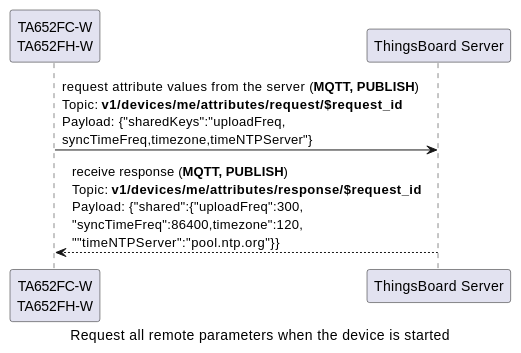
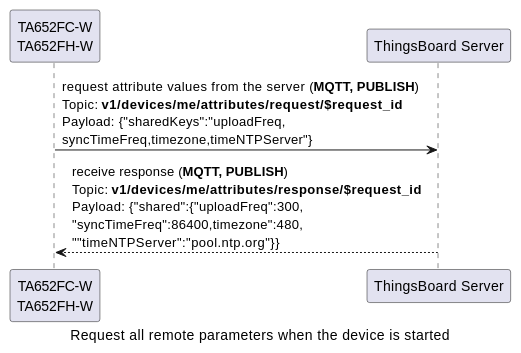
One commit to avantec-iot/avantec-thingsboard changed diagram 11 of 17 in docs/device/ta652fc-w/ta652fc-w-mqtt-api.rst. Above: the diagram before and after it, drawn with PlantUML. The commit also changed other lines of this file, not shown here.

Commit message:
timezone, a shared attributes, deault value is 480 (8*60) seconds

```diff
--- a/docs/device/ta652fc-w/ta652fc-w-mqtt-api.rst
+++ b/docs/device/ta652fc-w/ta652fc-w-mqtt-api.rst
@@ -762,10 +762,10 @@
   .. uml::
 
     caption  Request all remote parameters when the device is started
 
     participant "TA652FC-W\nTA652FH-W" as TBDev order 10
     participant "ThingsBoard Server"  as TBSrv order 20 
 
     TBDev  ->  TBSrv: request attribute values from the server (**MQTT, PUBLISH**) \nTopic: **v1/devices/me/attributes/request/$request_id** \nPayload: {"sharedKeys":"uploadFreq,\nsyncTimeFreq,timezone,timeNTPServer"}
     
-    TBDev <--  TBSrv: receive response (**MQTT, PUBLISH**) \nTopic: **v1/devices/me/attributes/response/$request_id** \nPayload: {"shared":{"uploadFreq":300,\n"syncTimeFreq":86400,timezone":120,\n""timeNTPServer":"pool.ntp.org"}}
+    TBDev <--  TBSrv: receive response (**MQTT, PUBLISH**) \nTopic: **v1/devices/me/attributes/response/$request_id** \nPayload: {"shared":{"uploadFreq":300,\n"syncTimeFreq":86400,timezone":480,\n""timeNTPServer":"pool.ntp.org"}}
```
